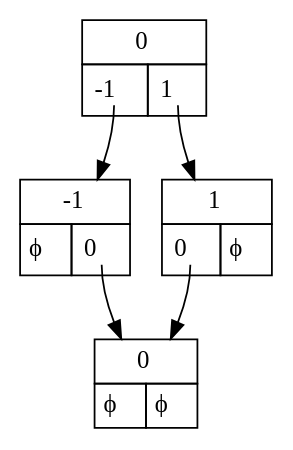
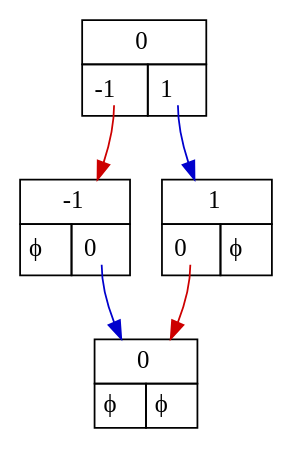
The diagram in examples/Data/subtraction_ex_1.dot (mroughan/SurrealNumbers.jl), drawn with Graphviz before and after one commit. The commit also changed 42 other files, not shown here.

```diff
--- a/examples/Data/subtraction_ex_1.dot
+++ b/examples/Data/subtraction_ex_1.dot
@@ -1,30 +1,30 @@
 digraph "0.0" {
    node_1 [shape=none,margin=0,label=
          <<TABLE BORDER="0" CELLBORDER="1" CELLSPACING="0" CELLPADDING="4">
          <TR><TD COLSPAN="2">0</TD></TR>
          <TR><TD PORT="L"> <TABLE BORDER="0" CELLBORDER="0" CELLPADDING="0"><TR><TD PORT="-1,1"> -1 </TD> &nbsp; </TR></TABLE> </TD><TD PORT="R"> <TABLE BORDER="0" CELLBORDER="0" CELLPADDING="0"><TR><TD PORT="1,1"> 1 </TD> &nbsp; </TR></TABLE> </TD></TR>
          </TABLE>>,
          ];
-   node_1:"-1,1" -> node_2;
+   node_1:"-1,1" -> node_2 [color="red3"];
    node_2 [shape=none,margin=0,label=
          <<TABLE BORDER="0" CELLBORDER="1" CELLSPACING="0" CELLPADDING="4">
          <TR><TD COLSPAN="2">-1</TD></TR>
          <TR><TD PORT="L"> ϕ </TD><TD PORT="R"> <TABLE BORDER="0" CELLBORDER="0" CELLPADDING="0"><TR><TD PORT="0,1"> 0 </TD> &nbsp; </TR></TABLE> </TD></TR>
          </TABLE>>,
          ];
-   node_2:"0,1" -> node_3;
+   node_2:"0,1" -> node_3 [color="blue3"];
    node_3 [shape=none,margin=0,label=
          <<TABLE BORDER="0" CELLBORDER="1" CELLSPACING="0" CELLPADDING="4">
          <TR><TD COLSPAN="2">0</TD></TR>
          <TR><TD PORT="L"> ϕ </TD><TD PORT="R"> ϕ </TD></TR>
          </TABLE>>,
          ];
-   node_1:"1,1" -> node_4;
+   node_1:"1,1" -> node_4 [color="blue3"];
    node_4 [shape=none,margin=0,label=
          <<TABLE BORDER="0" CELLBORDER="1" CELLSPACING="0" CELLPADDING="4">
          <TR><TD COLSPAN="2">1</TD></TR>
          <TR><TD PORT="L"> <TABLE BORDER="0" CELLBORDER="0" CELLPADDING="0"><TR><TD PORT="0,1"> 0 </TD> &nbsp; </TR></TABLE> </TD><TD PORT="R"> ϕ </TD></TR>
          </TABLE>>,
          ];
-   node_4:"0,1" -> node_3;
+   node_4:"0,1" -> node_3 [color="red3"];
 }
```
